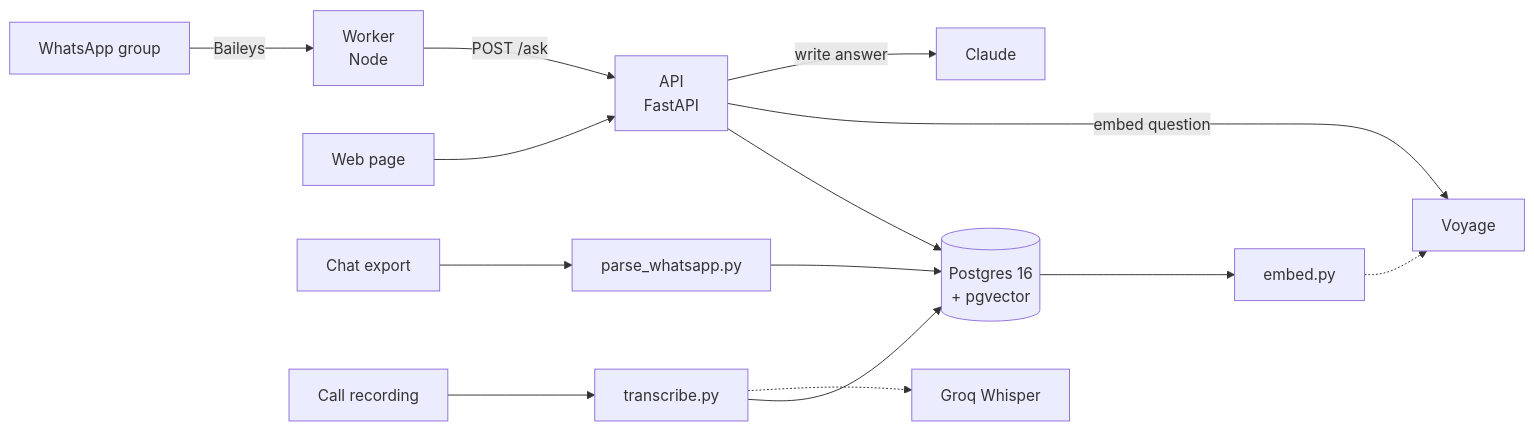
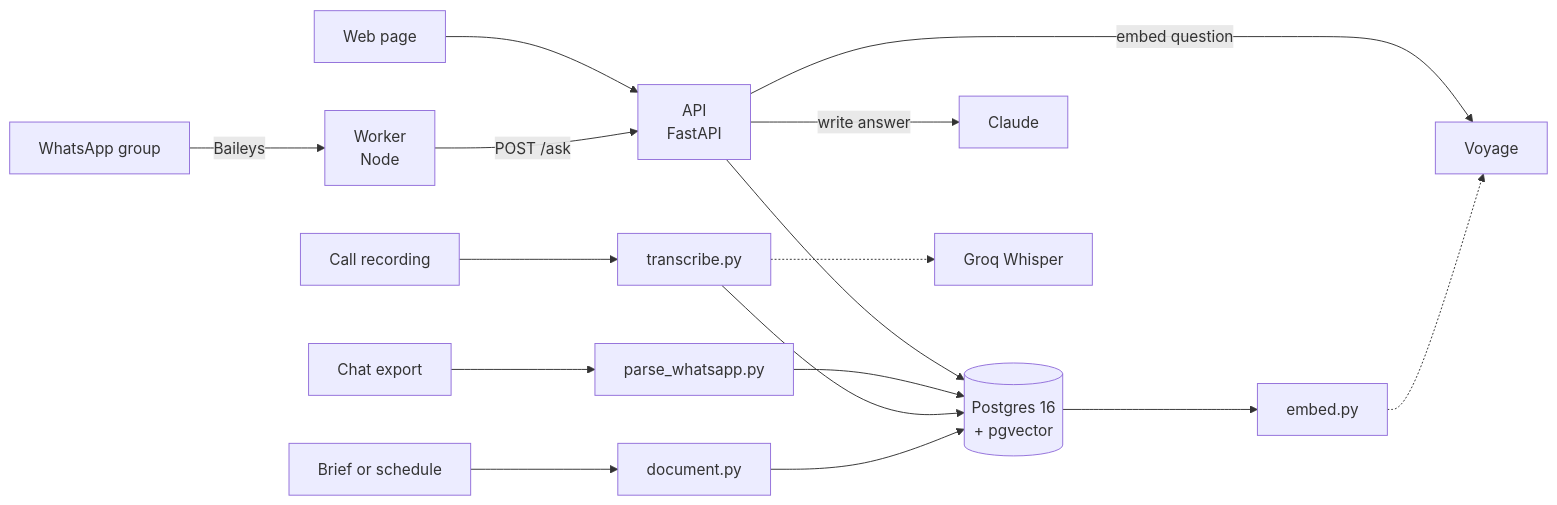
Before and after one commit to Sissoko90/uniconnect-ai: the diagram in docs/ARCHITECTURE.md, drawn with Mermaid. The commit also changed 9 other files, not shown here.

````diff
--- a/docs/ARCHITECTURE.md
+++ b/docs/ARCHITECTURE.md
@@ -10,13 +10,14 @@
 ```mermaid
 flowchart LR
     WA[WhatsApp group] -->|Baileys| W[Worker<br/>Node]
     WEB[Web page] --> API
     W -->|POST /ask| API[API<br/>FastAPI]
     API --> DB[(Postgres 16<br/>+ pgvector)]
     API -->|embed question| V[Voyage]
     API -->|write answer| C[Claude]
     EX[Chat export] --> P[parse_whatsapp.py] --> DB
     REC[Call recording] --> T[transcribe.py] --> DB
+    DOC[Brief or schedule] --> D[document.py] --> DB
     T -.-> G[Groq Whisper]
     DB --> E[embed.py] -.-> V
 ```
````
